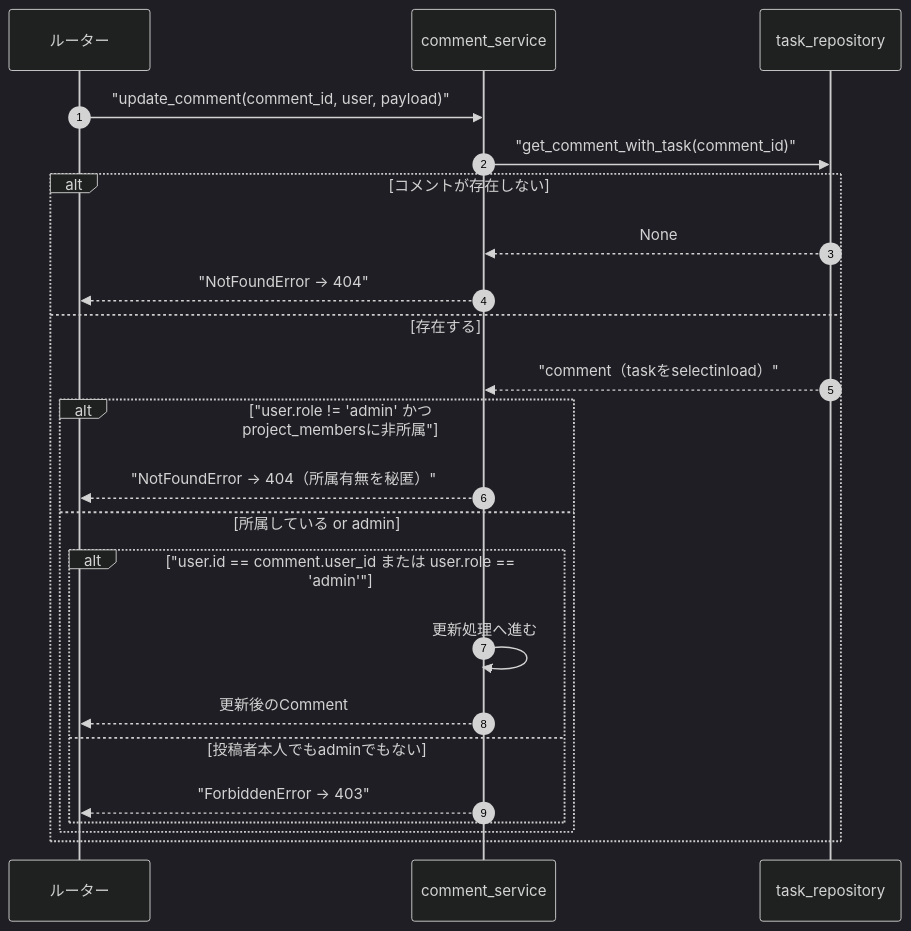
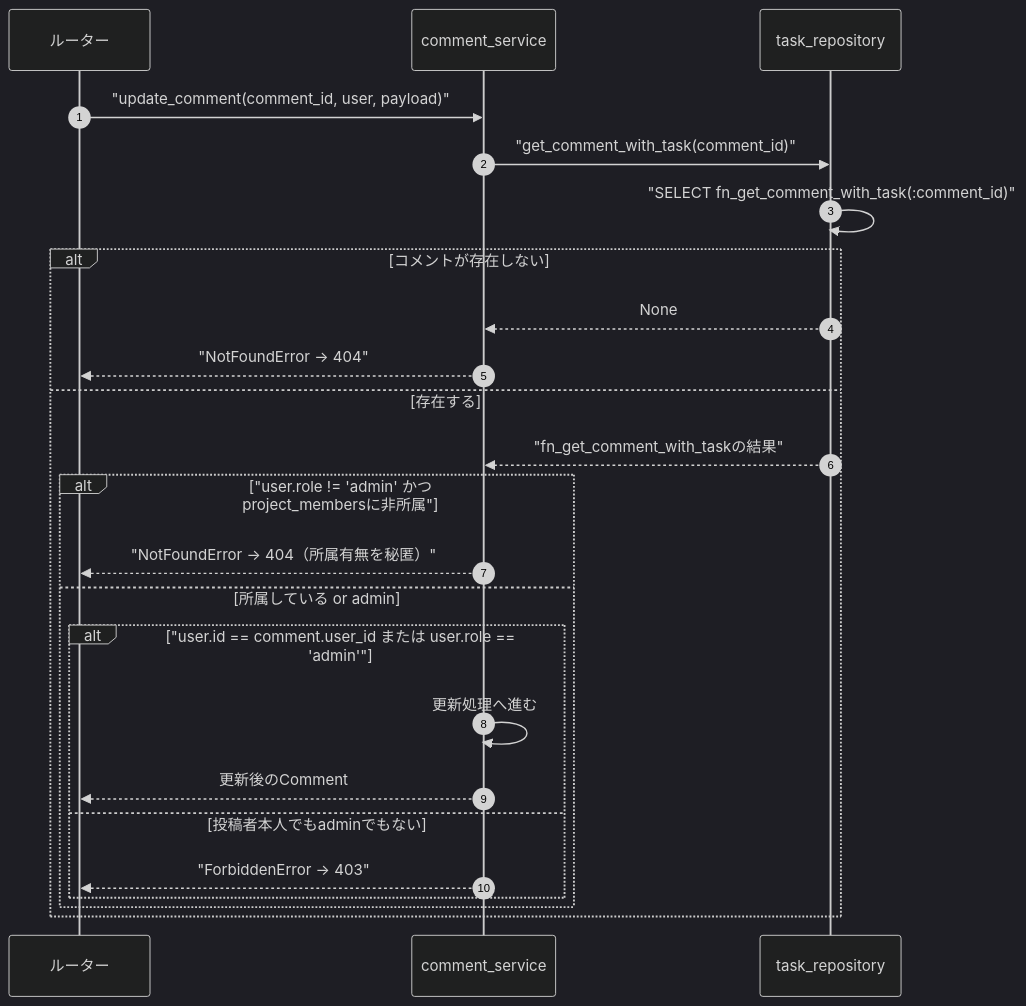
The third of 5 diagrams in detailed_design/auth/05_rbac.md (oikawa-d/task_management), drawn with Mermaid (dark theme) before and after one commit. The commit also changed other lines of this file and 58 other files, not shown here.

````diff
--- a/detailed_design/auth/05_rbac.md
+++ b/detailed_design/auth/05_rbac.md
@@ -116,26 +116,27 @@
 ```mermaid
 sequenceDiagram
     autonumber
     participant R as ルーター
     participant S as comment_service
     participant TR as task_repository
 
     R->>S: "update_comment(comment_id, user, payload)"
     S->>TR: "get_comment_with_task(comment_id)"
+    TR->>TR: "SELECT fn_get_comment_with_task(:comment_id)"
     alt コメントが存在しない
         TR-->>S: None
         S-->>R: "NotFoundError → 404"
     else 存在する
-        TR-->>S: "comment（taskをselectinload）"
+        TR-->>S: "fn_get_comment_with_taskの結果"
         alt "user.role != 'admin' かつ project_membersに非所属"
             S-->>R: "NotFoundError → 404（所属有無を秘匿）"
         else 所属している or admin
             alt "user.id == comment.user_id または user.role == 'admin'"
                 S->>S: 更新処理へ進む
                 S-->>R: 更新後のComment
             else 投稿者本人でもadminでもない
                 S-->>R: "ForbiddenError → 403"
             end
         end
     end
 ```
````
